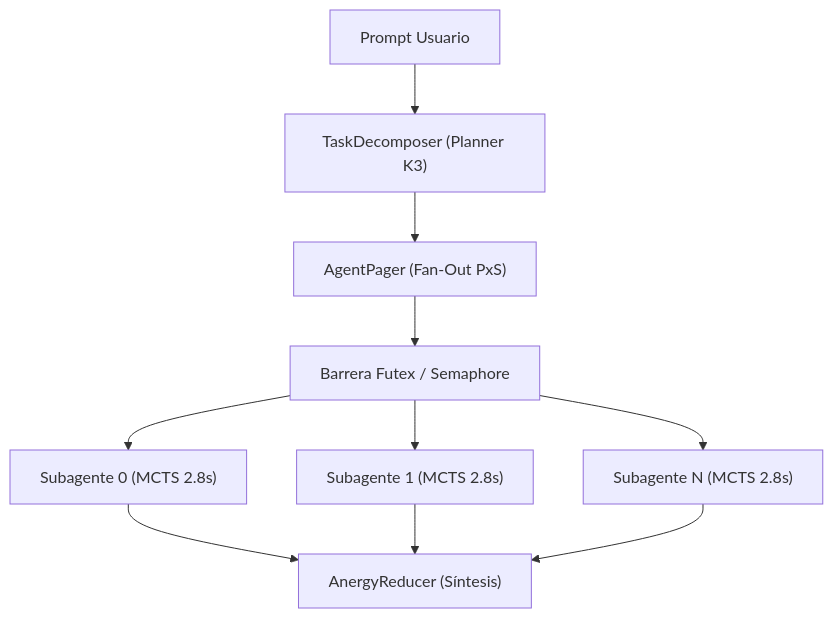
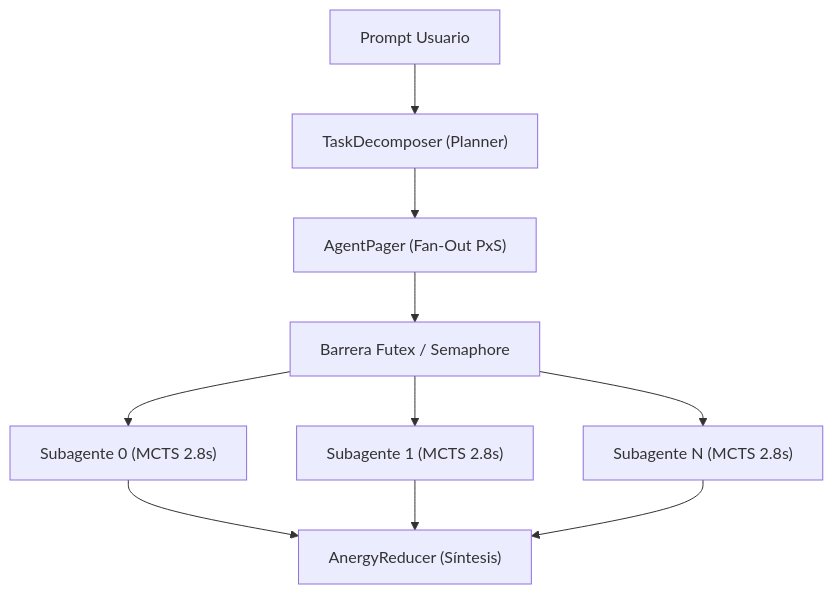
The diagram in docs/03_guides/guide_swarm_pxs_orchestration.md (borjamoskv/BABYLON-60), drawn with Mermaid before and after one commit. The commit also changed other lines of this file and 429 other files, not shown here.

````diff
--- a/docs/03_guides/guide_swarm_pxs_orchestration.md
+++ b/docs/03_guides/guide_swarm_pxs_orchestration.md
@@ -29,12 +29,12 @@
 ```mermaid
 graph TD
-    User["Prompt Usuario"] --> Decomposer["TaskDecomposer (Planner K3)"]
+    User["Prompt Usuario"] --> Decomposer["TaskDecomposer (Planner)"]
     Decomposer --> FanOut["AgentPager (Fan-Out PxS)"]
     FanOut --> Sync["Barrera Futex / Semaphore"]
     Sync --> Sub0["Subagente 0 (MCTS 2.8s)"]
     Sync --> Sub1["Subagente 1 (MCTS 2.8s)"]
     Sync --> SubN["Subagente N (MCTS 2.8s)"]
     Sub0 --> Reducer["AnergyReducer (Síntesis)"]
     Sub1 --> Reducer
     SubN --> Reducer
 ```
````
